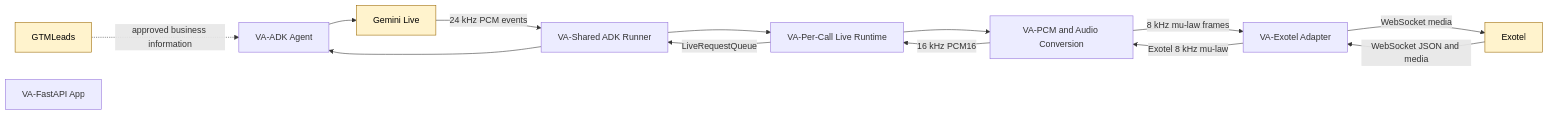
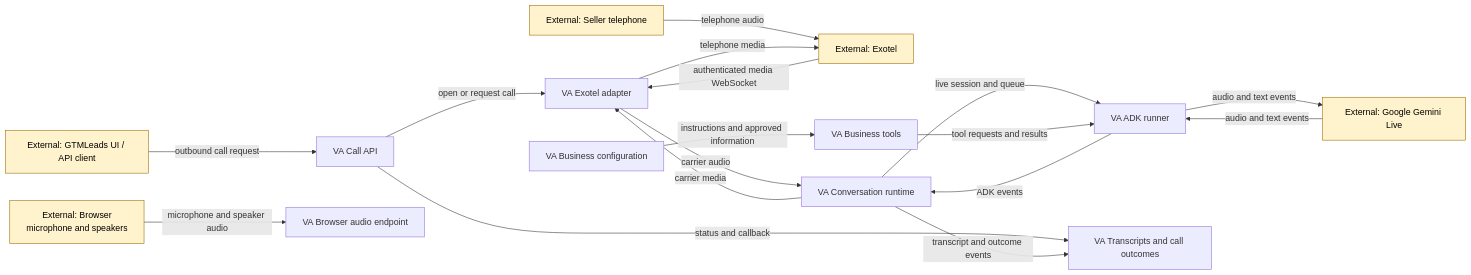
Before and after one commit to mriduljain/voice-agent: the first of 2 diagrams in service/voice-agent/docs/architecture.md, drawn with Mermaid. The commit also changed other lines of this file, not shown here.

Commit message:
Synchronize architecture documentation

````diff
--- a/service/voice-agent/docs/architecture.md
+++ b/service/voice-agent/docs/architecture.md
@@ -30,30 +61,40 @@
 ```mermaid
 flowchart LR
-    GTM[GTMLeads]:::external
-    EX[Exotel]:::external
-    GEM[Gemini Live]:::external
+    Browser[External: Browser<br/>microphone and speakers]:::external
+    GTM[External: GTMLeads UI / API client]:::external
+    Exotel[External: Exotel]:::external
+    Phone[External: Seller telephone]:::external
+    Gemini[External: Google Gemini Live]:::external
 
-    VAAPI[VA-FastAPI App]
-    VAADK[VA-ADK Agent]
-    VARUN[VA-Shared ADK Runner]
-    VAEX[VA-Exotel Adapter]
-    VACALL[VA-Per-Call Live Runtime]
-    VAAUDIO[VA-PCM and Audio Conversion]
+    VAAPI[VA Call API]
+    VABROWSER[VA Browser audio endpoint]
+    VAEX[VA Exotel adapter]
+    VACONV[VA Conversation runtime]
+    VARUN[VA ADK runner]
+    VATools[VA Business tools]
+    VAConfig[VA Business configuration]
+    VAResults[VA Transcripts and call outcomes]
 
-    EX -->|WebSocket JSON and media| VAEX
-    VAEX -->|Exotel 8 kHz mu-law| VAAUDIO
-    VAAUDIO -->|16 kHz PCM16| VACALL
-    VACALL -->|LiveRequestQueue| VARUN
-    VARUN --> VAADK
-    VAADK --> GEM
+    Browser -->|microphone and speaker audio| VABROWSER
+    GTM -->|outbound call request| VAAPI
+    VAAPI -->|open or request call| VAEX
+    VAAPI -->|status and callback| VAResults
 
-    GEM -->|24 kHz PCM events| VARUN
-    VARUN --> VACALL
-    VACALL --> VAAUDIO
-    VAAUDIO -->|8 kHz mu-law frames| VAEX
-    VAEX -->|WebSocket media| EX
+    Exotel -->|authenticated media WebSocket| VAEX
+    VAEX -->|carrier audio| VACONV
+    Phone -->|telephone audio| Exotel
 
-    GTM -. approved business information .-> VAADK
+    VACONV -->|live session and queue| VARUN
+    VAConfig -->|instructions and approved information| VATools
+    VATools -->|tool requests and results| VARUN
+    VARUN -->|audio and text events| Gemini
+
+    Gemini -->|audio and text events| VARUN
+    VARUN -->|ADK events| VACONV
+    VACONV -->|carrier media| VAEX
+    VAEX -->|telephone media| Exotel
+
+    VACONV -->|transcript and outcome events| VAResults
 
     classDef external fill:#fff3cd,stroke:#9a6700,color:#000
 ```
````
